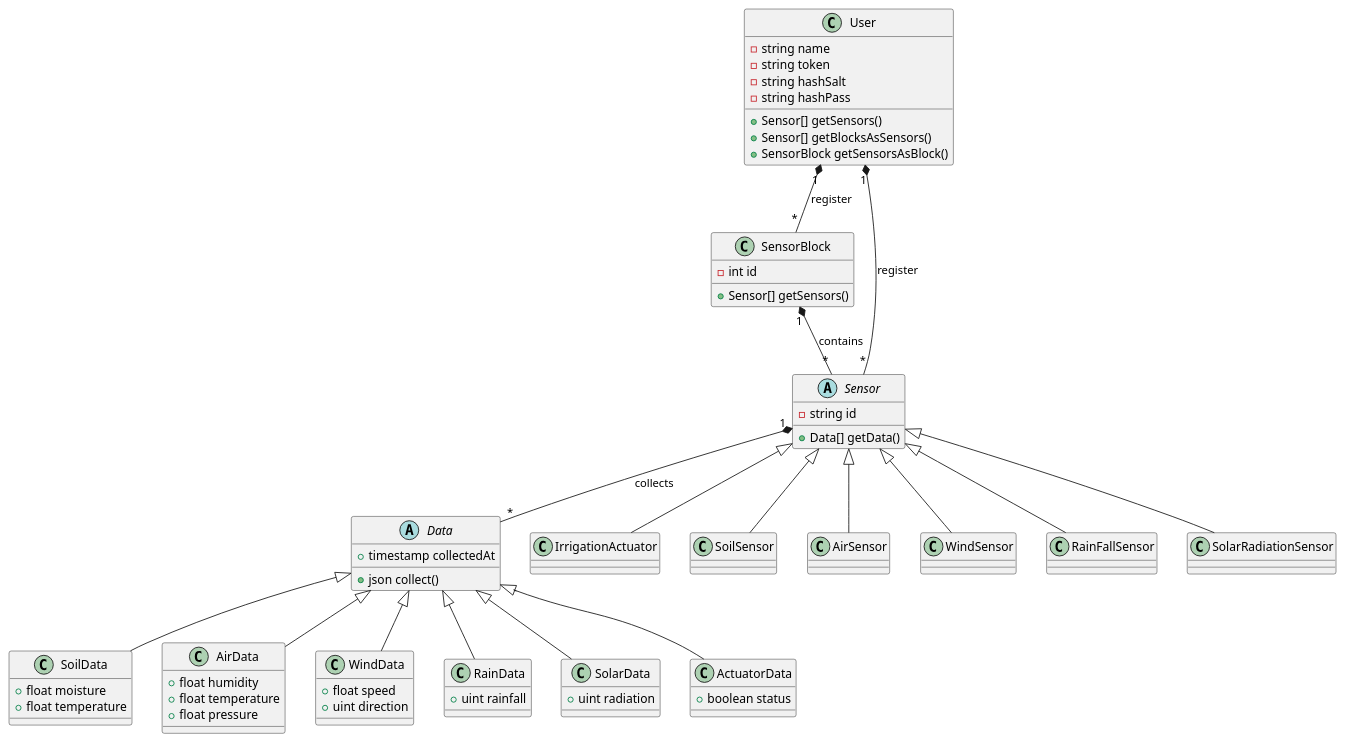
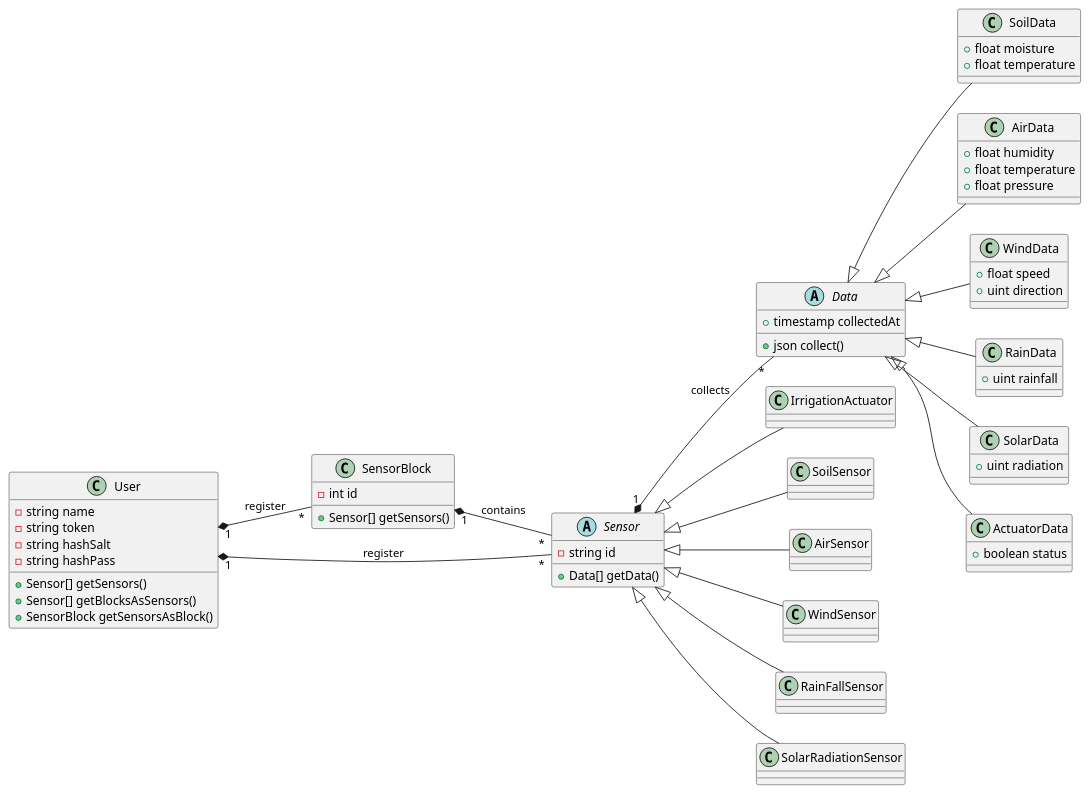
One commit to ricc-project/docs changed the diagram in diagrams/class/apiDados.wsd. Above: the diagram before and after it, drawn with PlantUML. The commit also changed 1 other file, not shown here.

```diff
--- a/diagrams/class/apiDados.wsd
+++ b/diagrams/class/apiDados.wsd
@@ -1,81 +1,82 @@
-@startuml server
+@startuml apiDados
+    left to right direction
 
 class User{
     - string name
     - string token
     - string hashSalt
     - string hashPass
     + Sensor[] getSensors()
     + Sensor[] getBlocksAsSensors()
     + SensorBlock getSensorsAsBlock()
 }
 
 class SensorBlock{
     - int id
     + Sensor[] getSensors()
 }
 
 abstract class Sensor {
     - string id
     + Data[] getData()
 }
 abstract class Data {
     + timestamp collectedAt
     + json collect()
 }
 
 User "1" *-- "*" Sensor : register
 User "1" *-- "*" SensorBlock : register
 SensorBlock "1" *-- "*" Sensor : contains
 Sensor "1" *-- "*" Data : collects
 
 class IrrigationActuator{
 }
 class SoilSensor {
 }
 class AirSensor {
 }
 class WindSensor {
 }
 class RainFallSensor {
 }
 class SolarRadiationSensor {
 }
 
 Sensor <|-- AirSensor
 Sensor <|-- SoilSensor
 Sensor <|-- WindSensor
 Sensor <|-- RainFallSensor
 Sensor <|-- SolarRadiationSensor
 Sensor <|-- IrrigationActuator
 
 class SoilData{
     + float moisture
     + float temperature
 }
 class AirData{
     + float humidity
     + float temperature
     + float pressure
 
 }
 class WindData{
     + float speed
     + uint direction
 }
 class RainData{
     + uint rainfall
 }
 class SolarData{
     + uint radiation
 }
 class ActuatorData{
     + boolean status
 }
 Data <|-- SoilData
 Data <|-- AirData
 Data <|-- WindData
 Data <|-- RainData
 Data <|-- SolarData
 Data <|-- ActuatorData
 @enduml
```
